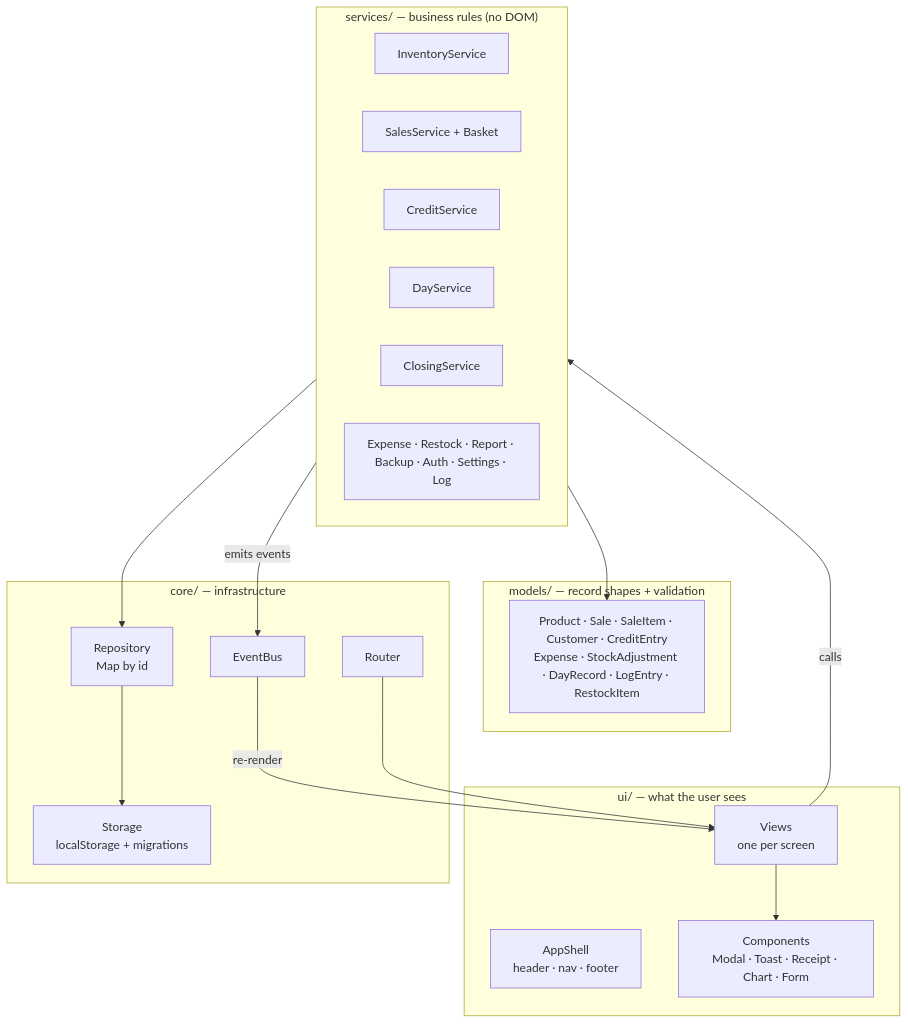
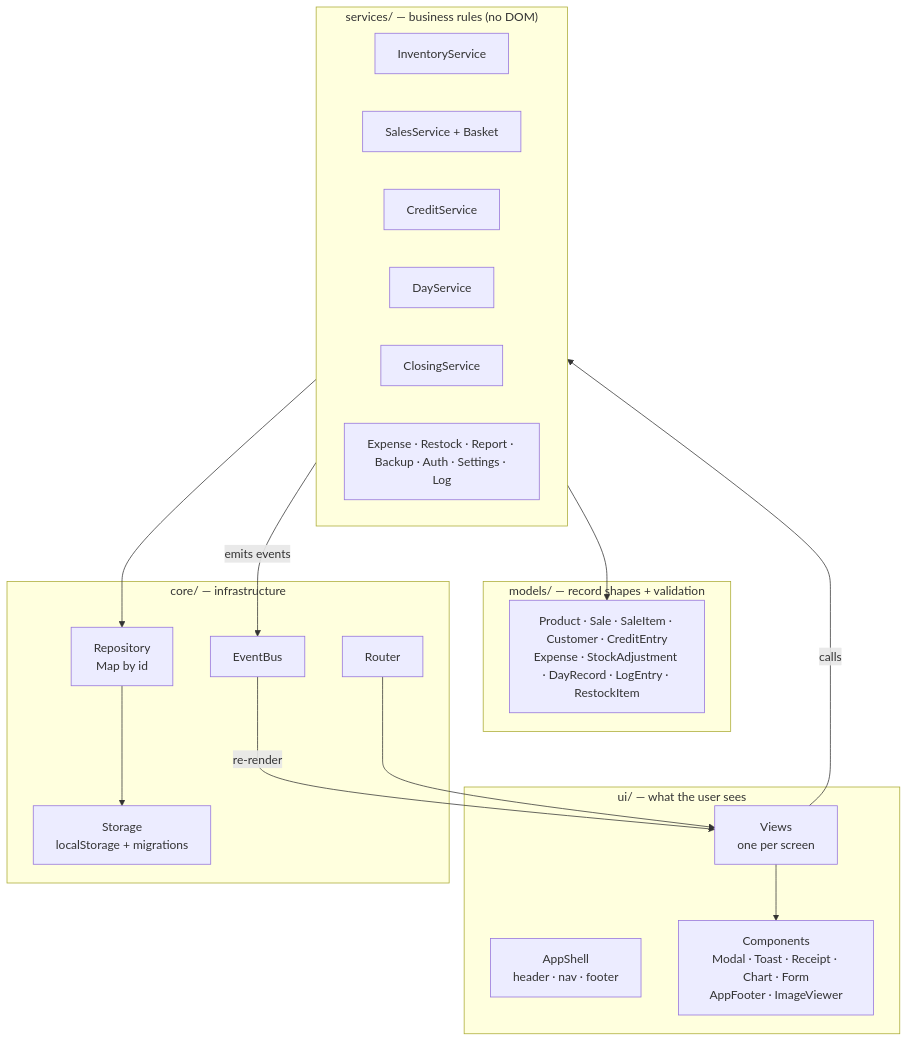
One commit to harveywow/tindahan changed the first of 3 diagrams in docs/ARCHITECTURE.md. Above: the diagram before and after it, drawn with Mermaid. The commit also changed 33 other files, not shown here.

````diff
--- a/docs/ARCHITECTURE.md
+++ b/docs/ARCHITECTURE.md
@@ -7,33 +7,33 @@
 ```mermaid
 flowchart TD
     subgraph UI["ui/ — what the user sees"]
         Shell[AppShell<br/>header · nav · footer]
         Views[Views<br/>one per screen]
-        Comp[Components<br/>Modal · Toast · Receipt · Chart · Form]
+        Comp[Components<br/>Modal · Toast · Receipt · Chart · Form<br/>AppFooter · ImageViewer]
     end
     subgraph SVC["services/ — business rules (no DOM)"]
         Inv[InventoryService]
         Sales[SalesService + Basket]
         Credit[CreditService]
         Day[DayService]
         Close[ClosingService]
         Other[Expense · Restock · Report · Backup · Auth · Settings · Log]
     end
     subgraph MOD["models/ — record shapes + validation"]
         Models[Product · Sale · SaleItem · Customer · CreditEntry<br/>Expense · StockAdjustment · DayRecord · LogEntry · RestockItem]
     end
     subgraph CORE["core/ — infrastructure"]
         Repo[Repository<br/>Map by id]
         Storage[Storage<br/>localStorage + migrations]
         Bus[EventBus]
         Router[Router]
     end
     Views --> Comp
     Views -->|calls| SVC
     SVC -->|emits events| Bus
     Bus -->|re-render| Views
     SVC --> Models
     SVC --> Repo
     Repo --> Storage
     Router --> Views
 ```
````
